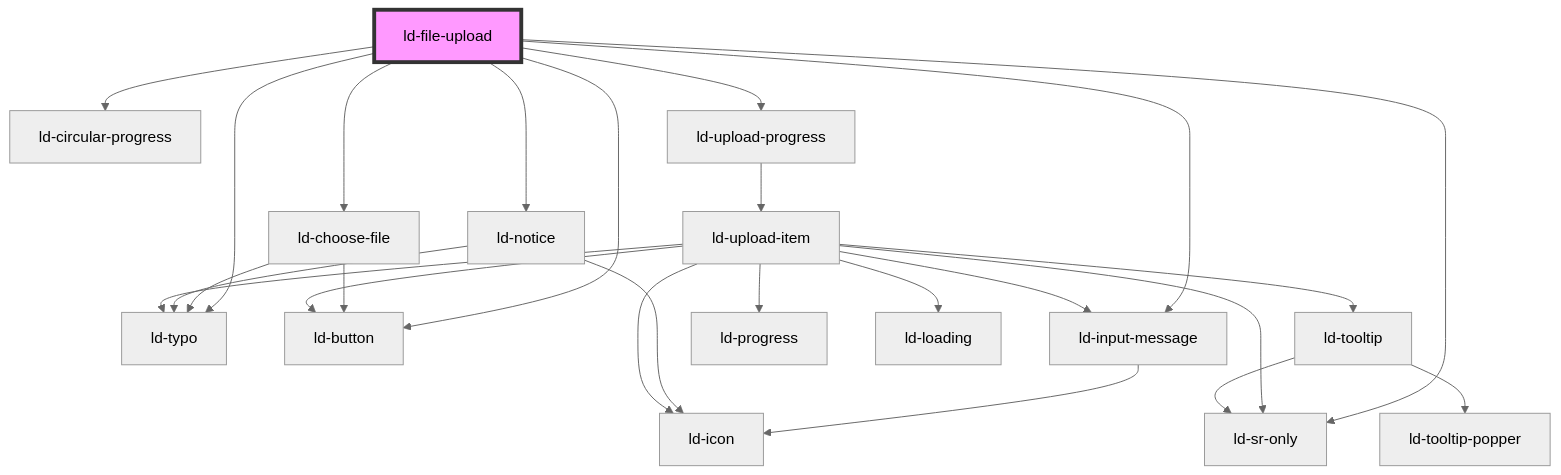
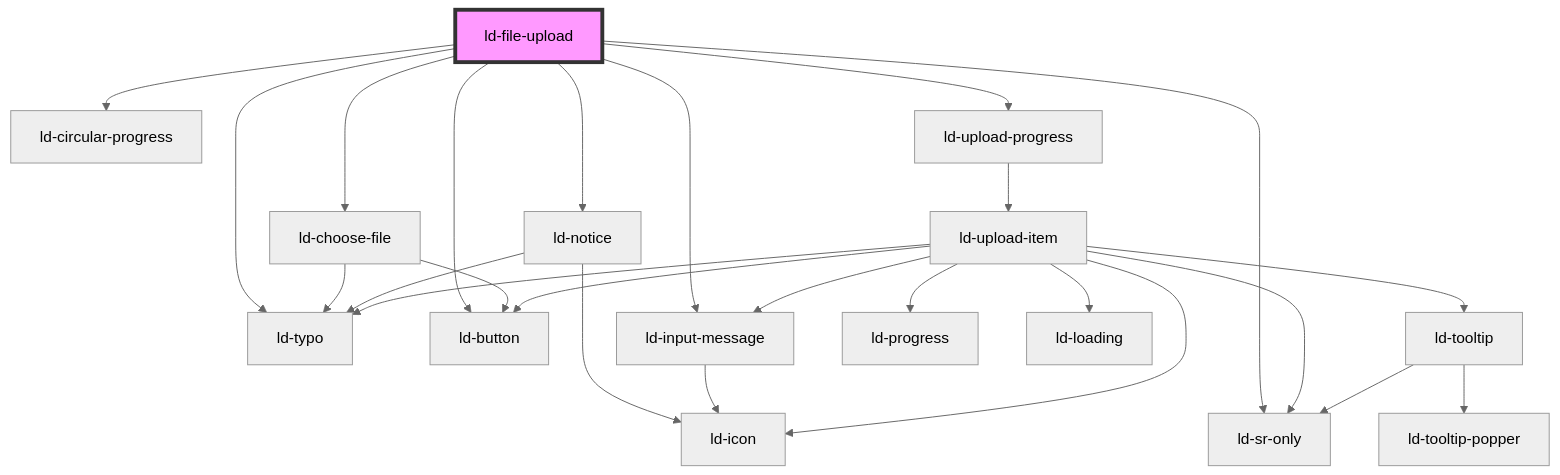
The diagram in src/liquid/components/ld-file-upload/readme.md (emdgroup-liquid/liquid), drawn with Mermaid (neutral theme) before and after one commit. The commit also changed other lines of this file and 3 other files, not shown here.

````diff
--- a/src/liquid/components/ld-file-upload/readme.md
+++ b/src/liquid/components/ld-file-upload/readme.md
@@ -2485,28 +2656,28 @@
 ```mermaid
 graph TD;
   ld-file-upload --> ld-choose-file
+  ld-file-upload --> ld-notice
   ld-file-upload --> ld-sr-only
   ld-file-upload --> ld-circular-progress
   ld-file-upload --> ld-typo
   ld-file-upload --> ld-button
   ld-file-upload --> ld-input-message
-  ld-file-upload --> ld-notice
   ld-file-upload --> ld-upload-progress
   ld-choose-file --> ld-typo
   ld-choose-file --> ld-button
-  ld-input-message --> ld-icon
   ld-notice --> ld-icon
   ld-notice --> ld-typo
+  ld-input-message --> ld-icon
   ld-upload-progress --> ld-upload-item
   ld-upload-item --> ld-icon
   ld-upload-item --> ld-typo
   ld-upload-item --> ld-tooltip
   ld-upload-item --> ld-button
   ld-upload-item --> ld-sr-only
   ld-upload-item --> ld-progress
   ld-upload-item --> ld-loading
   ld-upload-item --> ld-input-message
   ld-tooltip --> ld-sr-only
   ld-tooltip --> ld-tooltip-popper
   style ld-file-upload fill:#f9f,stroke:#333,stroke-width:4px
 ```
````
